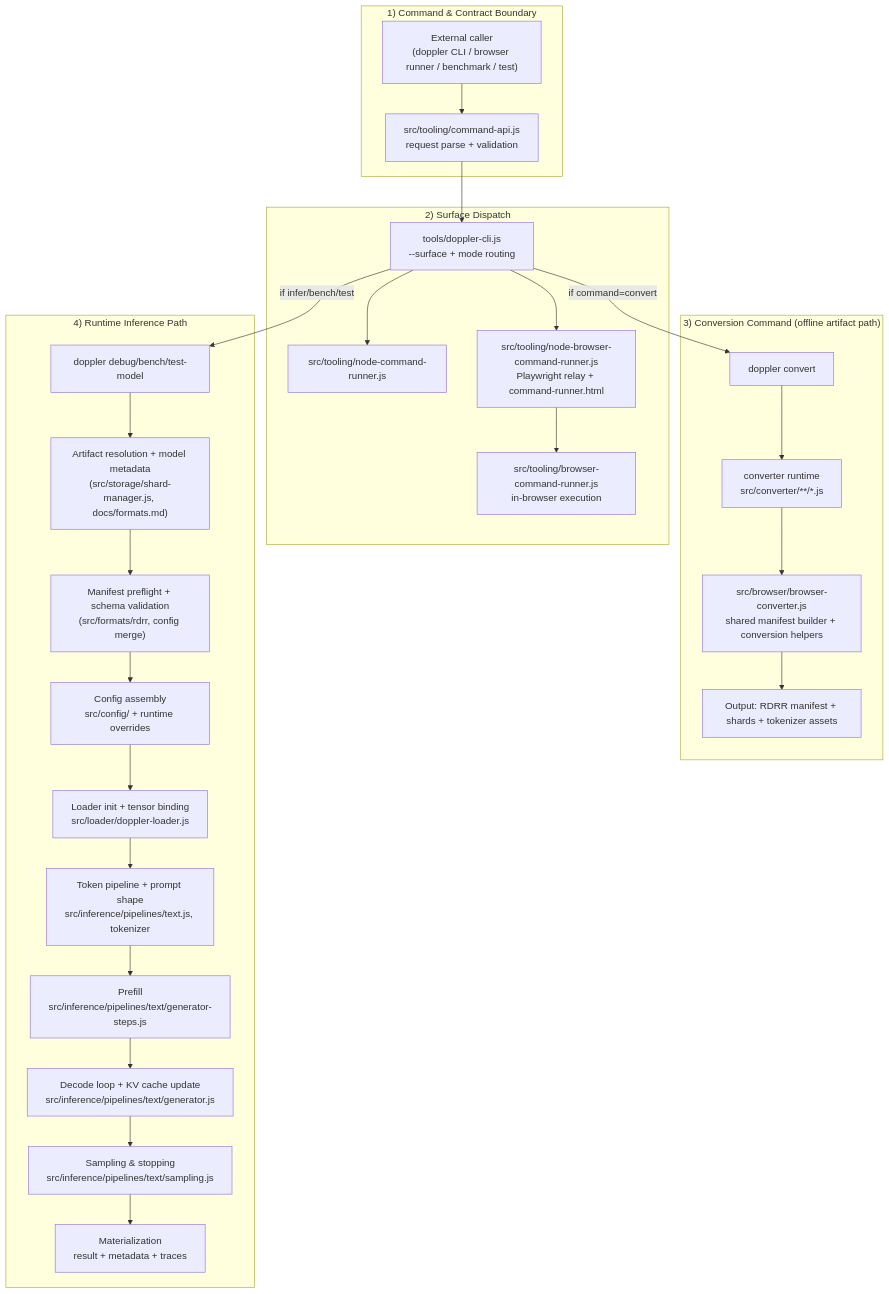
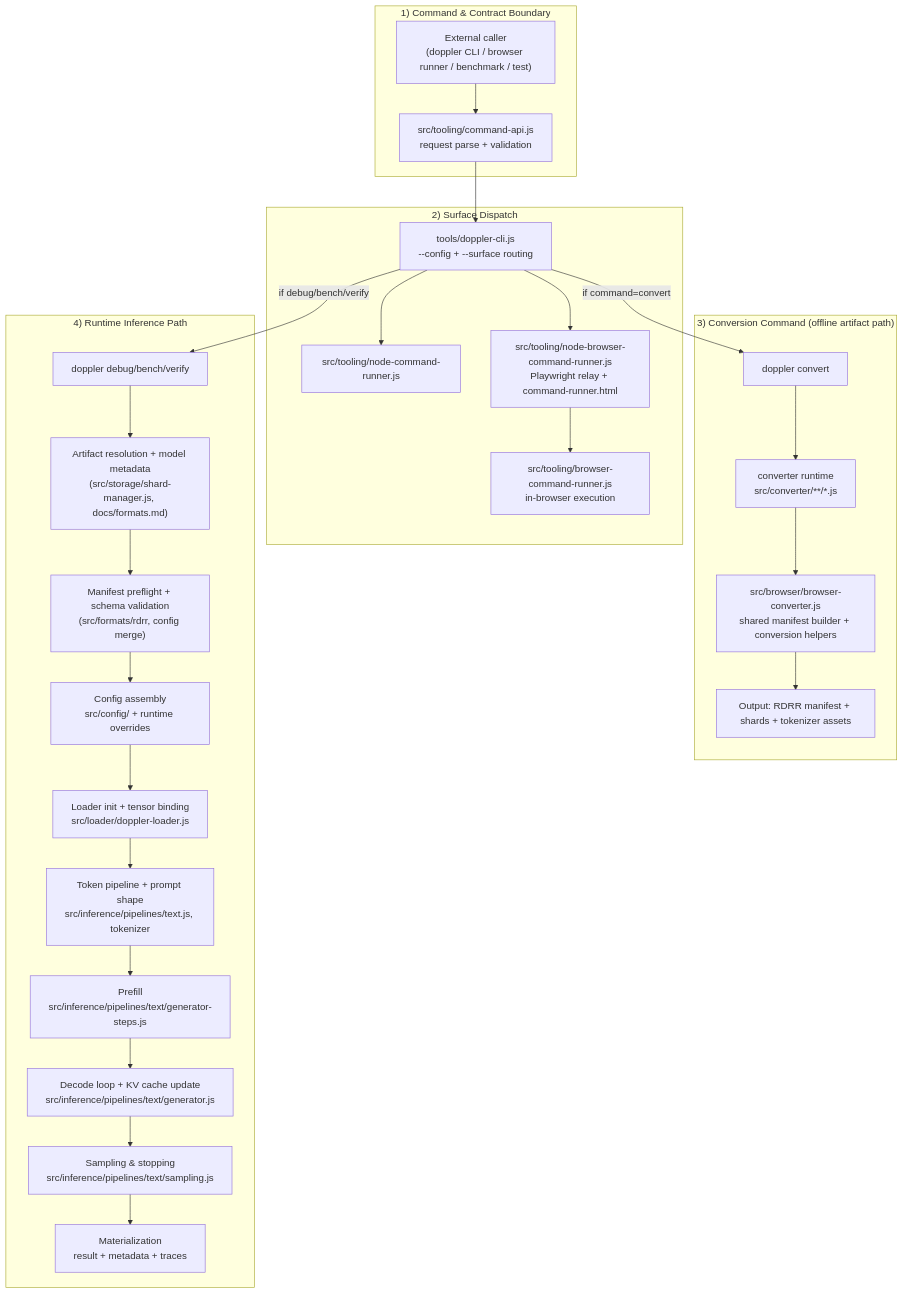
One commit to clocksmith/doppler changed the diagram in docs/pipeline-contract.md. Above: the diagram before and after it, drawn with Mermaid. The commit also changed other lines of this file and 172 other files, not shown here.

````diff
--- a/docs/pipeline-contract.md
+++ b/docs/pipeline-contract.md
@@ -7,40 +7,40 @@
 ```mermaid
 flowchart TD
   subgraph Entry["1) Command & Contract Boundary"]
     A["External caller<br/>(doppler CLI / browser runner / benchmark / test)"]
     B["src/tooling/command-api.js<br/>request parse + validation"]
     A --> B
   end
 
   subgraph Dispatch["2) Surface Dispatch"]
-    C["tools/doppler-cli.js<br/>--surface + mode routing"]
+    C["tools/doppler-cli.js<br/>--config + --surface routing"]
     D["src/tooling/node-command-runner.js"]
     E["src/tooling/node-browser-command-runner.js<br/>Playwright relay + command-runner.html"]
     F["src/tooling/browser-command-runner.js<br/>in-browser execution"]
     B --> C --> D
     C --> E --> F
   end
 
   subgraph Conversion["3) Conversion Command (offline artifact path)"]
     CVT["doppler convert"]
     G["converter runtime<br/>src/converter/**/*.js"]
     H["src/browser/browser-converter.js<br/>shared manifest builder + conversion helpers"]
     I["Output: RDRR manifest + shards + tokenizer assets"]
     C -->|if command=convert| CVT --> G --> H --> I
   end
 
   subgraph Runtime["4) Runtime Inference Path"]
-    J["doppler debug/bench/test-model"]
+    J["doppler debug/bench/verify"]
     K["Artifact resolution + model metadata<br/>(src/storage/shard-manager.js, docs/formats.md)"]
     L["Manifest preflight + schema validation<br/>(src/formats/rdrr, config merge)"]
     M["Config assembly<br/>src/config/ + runtime overrides"]
     N["Loader init + tensor binding<br/>src/loader/doppler-loader.js"]
     O["Token pipeline + prompt shape<br/>src/inference/pipelines/text.js, tokenizer"]
     P["Prefill<br/>src/inference/pipelines/text/generator-steps.js"]
     Q["Decode loop + KV cache update<br/>src/inference/pipelines/text/generator.js"]
     R["Sampling & stopping<br/>src/inference/pipelines/text/sampling.js"]
     S["Materialization<br/>result + metadata + traces"]
-    C -->|if infer/bench/test| J
+    C -->|if debug/bench/verify| J
     J --> K --> L --> M --> N --> O --> P --> Q --> R --> S
   end
 ```
````
